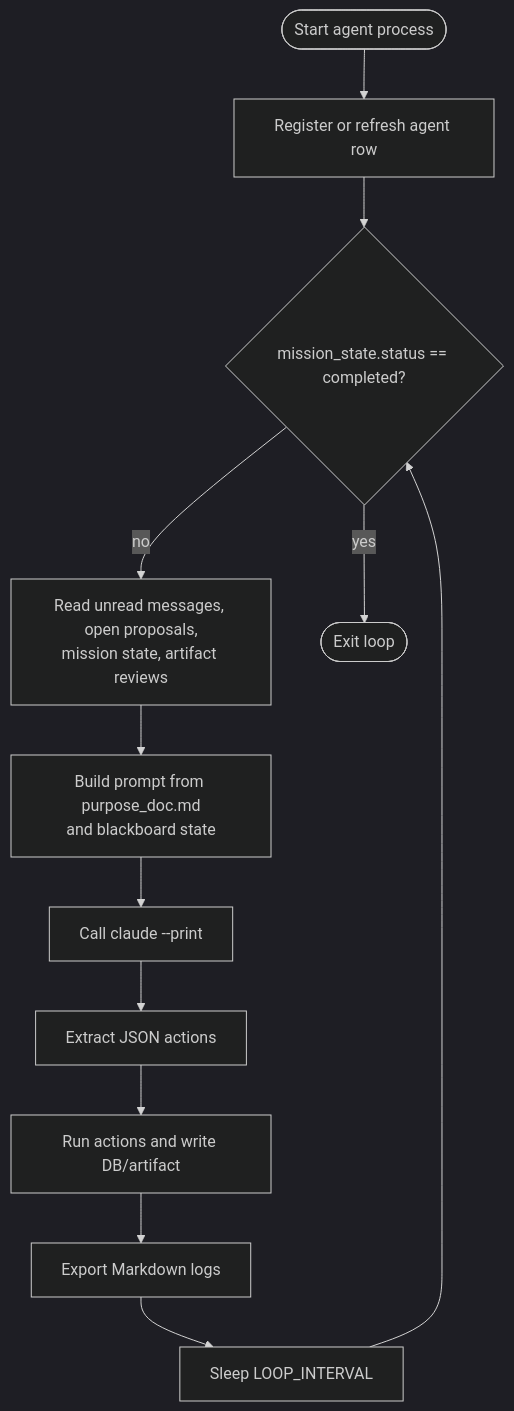
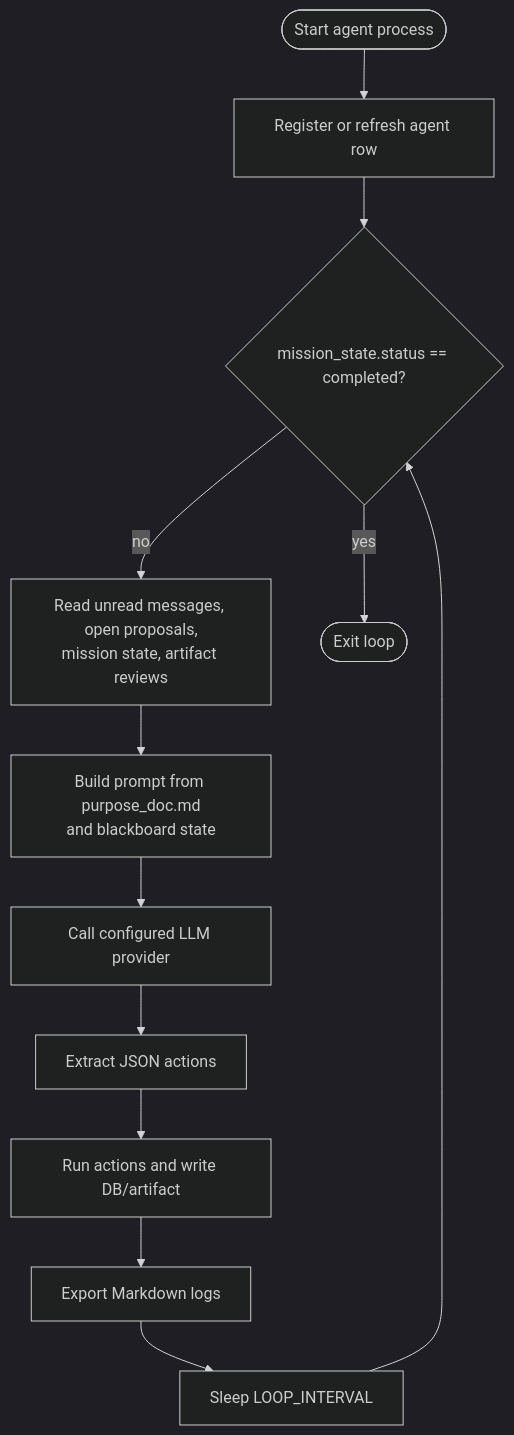
One commit to geeknees/decentralized-multi-agent changed the second of 5 diagrams in paper/figures.md. Above: the diagram before and after it, drawn with Mermaid (dark theme). The commit also changed other lines of this file and 8 other files, not shown here.

Commit message:
feat(llm): add provider adapter script with tests and docs updates

````diff
--- a/paper/figures.md
+++ b/paper/figures.md
@@ -43,18 +43,18 @@
 ```mermaid
 flowchart TD
     Start([Start agent process])
     Register[Register or refresh agent row]
     Check{mission_state.status == completed?}
     Read[Read unread messages, open proposals,<br/>mission state, artifact reviews]
     Prompt[Build prompt from purpose_doc.md<br/>and blackboard state]
-    Call[Call claude --print]
+    Call[Call configured LLM provider]
     Parse[Extract JSON actions]
     Apply[Run actions and write DB/artifact]
     Export[Export Markdown logs]
     Sleep[Sleep LOOP_INTERVAL]
     Exit([Exit loop])
 
     Start --> Register --> Check
     Check -- yes --> Exit
     Check -- no --> Read --> Prompt --> Call --> Parse --> Apply --> Export --> Sleep --> Check
 ```
````
